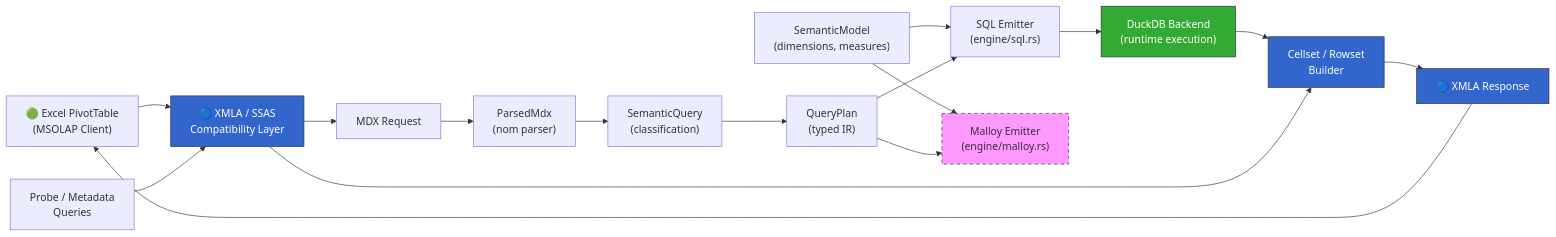
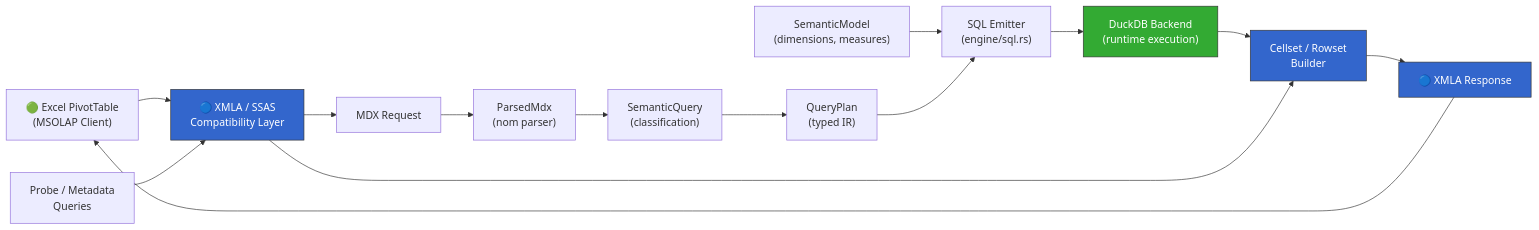
One commit to felixyman/MallardCube changed the diagram in docs/current-architecture.mmd. Above: the diagram before and after it, drawn with Mermaid. The commit also changed 8 other files, not shown here.

First line of the commit message:
docs: remove Malloy-era content (runtime dropped in plan 027)

```diff
--- a/docs/current-architecture.mmd
+++ b/docs/current-architecture.mmd
@@ -1,48 +1,43 @@
 flowchart LR
     Excel["🟢 Excel PivotTable
     (MSOLAP Client)"]
     XMLA["🔵 XMLA / SSAS
     Compatibility Layer"]
     MDX["MDX Request"]
     Parsed["ParsedMdx
     (nom parser)"]
     Semantic["SemanticQuery 
     (classification)"]
     Plan["QueryPlan
     (typed IR)"]
     Model["SemanticModel
     (dimensions, measures)"]
     SQL["SQL Emitter
     (engine/sql.rs)"]
-    Malloy["Malloy Emitter
-    (engine/malloy.rs)"]
     DuckDB["DuckDB Backend
     (runtime execution)"]
     Cellset["Cellset / Rowset
     Builder"]
     Resp["🔵 XMLA Response"]
     Probe["Probe / Metadata
     Queries"]
 
     Excel --> XMLA
     XMLA --> MDX
     MDX --> Parsed
     Parsed --> Semantic
     Semantic --> Plan
     Model --> SQL
-    Model --> Malloy
     Plan --> SQL
-    Plan --> Malloy
     SQL --> DuckDB
     DuckDB --> Cellset
     Cellset --> Resp
     Resp --> Excel
 
     Probe --> XMLA
     XMLA --> Cellset
 
-    style Malloy fill:#f9f,stroke:#333,stroke-dasharray: 5 5
     style DuckDB fill:#3a3,stroke:#333,color:#fff
     style Cellset fill:#36c,stroke:#333,color:#fff
     style XMLA fill:#36c,stroke:#333,color:#fff
     style Resp fill:#36c,stroke:#333,color:#fff
```
